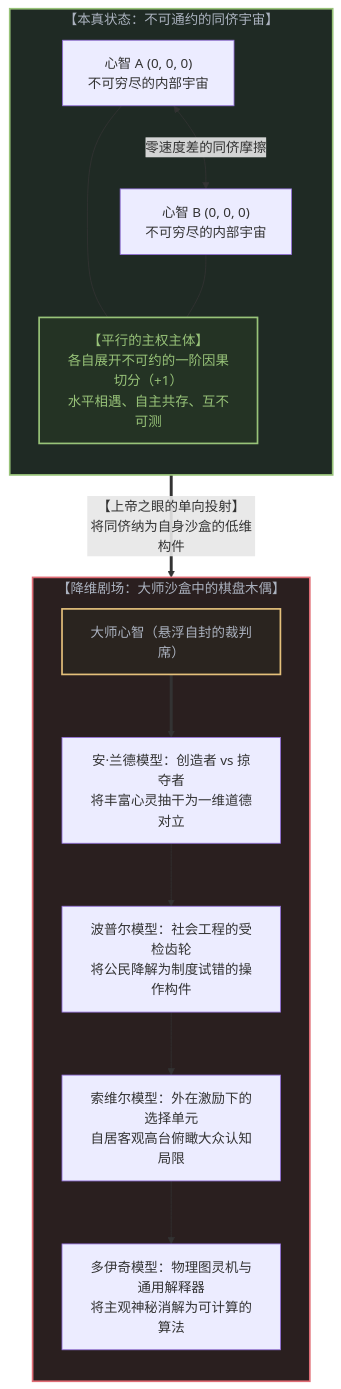
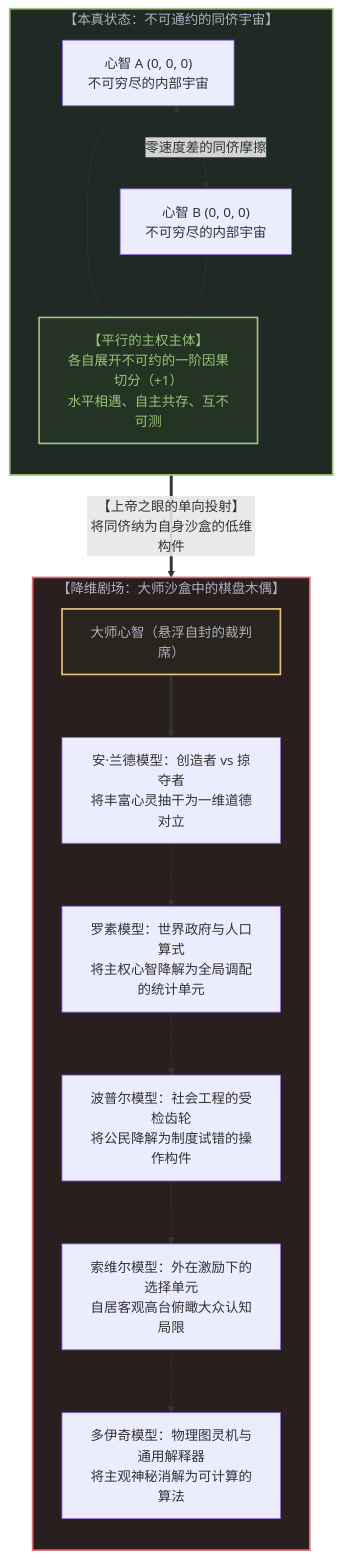
The fifth of 10 diagrams in content/posts/the-invisible-gods-eye.md (powerpig99/not-a-toe), drawn with Mermaid before and after one commit. The commit also changed other lines of this file and 3 other files, not shown here.

````diff
--- a/content/posts/the-invisible-gods-eye.md
+++ b/content/posts/the-invisible-gods-eye.md
@@ -175,35 +177,37 @@
 ```mermaid
 graph TD
     subgraph ParallelUniverses["【本真状态：不可通约的同侪宇宙】"]
         direction TB
         Mind1["心智 A (0, 0, 0)<br>不可穷尽的内部宇宙"]
         Mind2["心智 B (0, 0, 0)<br>不可穷尽的内部宇宙"]
         MutualRespect["【平行的主权主体】<br>各自展开不可约的一阶因果切分（+1）<br>水平相遇、自主共存、互不可测"]
 
         Mind1 <-->|"零速度差的同侪摩擦"| Mind2
         Mind1 --- MutualRespect
         Mind2 --- MutualRespect
     end
 
     ParallelUniverses ==>|"【上帝之眼的单向投射】<br>将同侪纳为自身沙盒的低维构件"| FlattenedTheater
 
     subgraph FlattenedTheater["【降维剧场：大师沙盒中的棋盘木偶】"]
         direction TB
         MasterMind["大师心智（悬浮自封的裁判席）"]
         
         RandCut["安·兰德模型：创造者 vs 掠夺者<br>将丰富心灵抽干为一维道德对立"]
+        RussellCut["罗素模型：世界政府与人口算式<br>将主权心智降解为全局调配的统计单元"]
         PopperCut["波普尔模型：社会工程的受检齿轮<br>将公民降解为制度试错的操作构件"]
         SowellCut["索维尔模型：外在激励下的选择单元<br>自居客观高台俯瞰大众认知局限"]
         DeutschCut["多伊奇模型：物理图灵机与通用解释器<br>将主观神秘消解为可计算的算法"]
 
         MasterMind ==> RandCut
-        RandCut --> PopperCut
+        RandCut --> RussellCut
+        RussellCut --> PopperCut
         PopperCut --> SowellCut
         SowellCut --> DeutschCut
     end
 
     style ParallelUniverses fill:#1f2a24,stroke:#98c379,stroke-width:2px,color:#abb2bf
     style FlattenedTheater fill:#2a1f1f,stroke:#e06c75,stroke-width:2px,color:#abb2bf
     style MutualRespect fill:#243324,stroke:#98c379,stroke-width:2px,color:#98c379
     style MasterMind fill:#2a241f,stroke:#e5c07b,stroke-width:2px,color:#abb2bf
 ```
````
